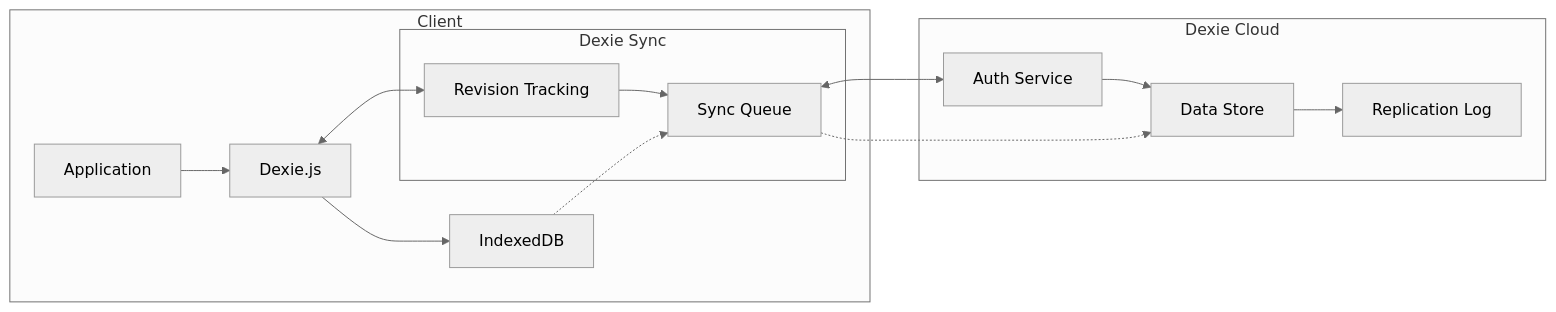
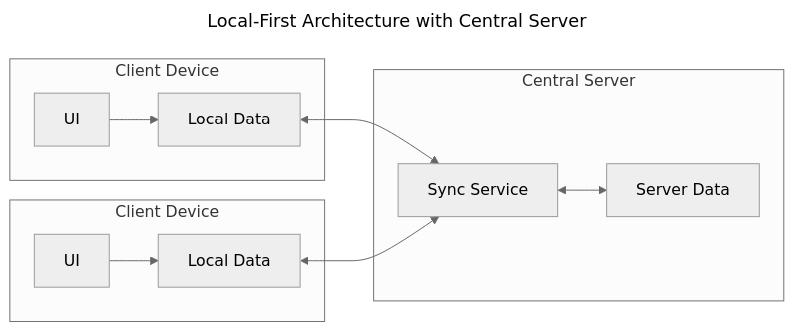
Before and after one commit to alexanderop/slides: the eighth of 9 diagrams in localFirstVue/slides.md, drawn with Mermaid (neutral theme). The commit also changed other lines of this file and 10 other files, not shown here.

Commit message:
Refactor slides.md to enhance structure and readability; replaced static content with reusable components, updated diagrams for clarity, and improved styling for better user interaction.

````diff
--- a/localFirstVue/slides.md
+++ b/localFirstVue/slides.md
@@ -480,31 +574,22 @@
-```mermaid {scale: 0.5}
+```mermaid
+---
+title: Local-First Architecture with Central Server
+---
 flowchart LR
-    subgraph Client["Client"]
-        App["Application"]
-        Dexie["Dexie.js"]
-        IDB["IndexedDB"]
-        
-        App --> Dexie
-        Dexie --> IDB
-        
-        subgraph DexieSync["Dexie Sync"]
-            Rev["Revision Tracking"]
-            Queue["Sync Queue"]
-            Rev --> Queue
-        end
+    subgraph Client1["Client Device"]
+        UI1["UI"] --> DB1["Local Data"]
     end
 
-    subgraph Cloud["Dexie Cloud"]
-        Auth["Auth Service"]
-        Store["Data Store"]
-        Repl["Replication Log"]
-        
-        Auth --> Store
-        Store --> Repl
+    subgraph Client2["Client Device"]
+        UI2["UI"] --> DB2["Local Data"]
     end
 
-    Dexie <--> Rev
-    Queue <--> Auth
-    IDB -.-> Queue
-    Queue -.-> Store
+    subgraph Server["Central Server"]
+        SDB["Server Data"]
+        Sync["Sync Service"]
+    end
+
+    DB1 <--> Sync
+    DB2 <--> Sync
+    Sync <--> SDB
 ```
````
